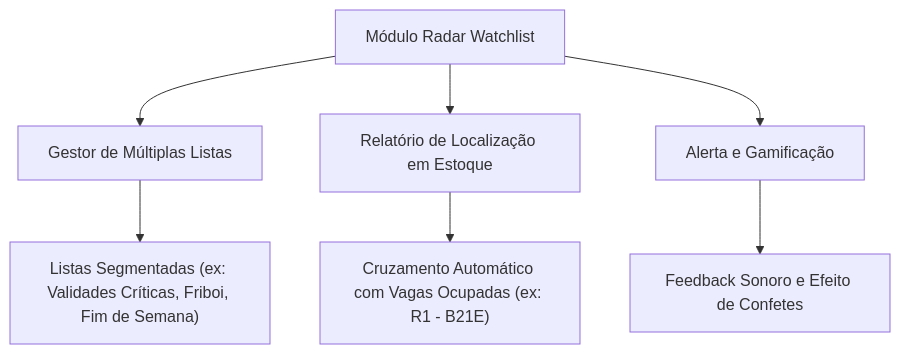
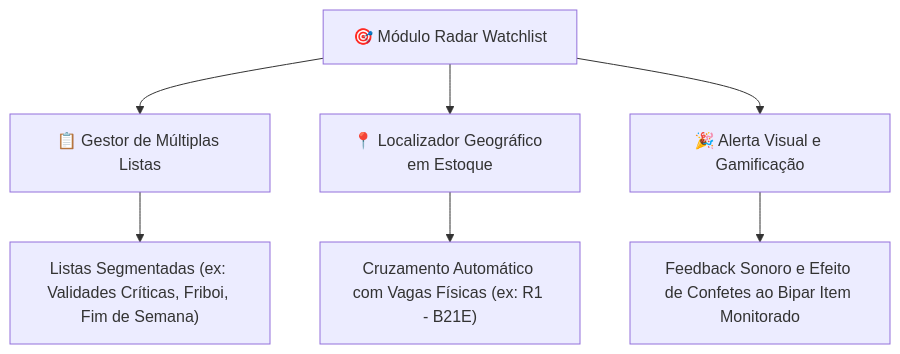
One commit to NaejBarbosa/paletscan-etl changed the diagram in docs/pwa-pesquisa-watchlist.md. Above: the diagram before and after it, drawn with Mermaid. The commit also changed 9 other files, not shown here.

Commit message:
fix(docs): verticalizar diagramas com ramificacoes a direita e corrigir sintaxe Mermaid em todas as paginas

````diff
--- a/docs/pwa-pesquisa-watchlist.md
+++ b/docs/pwa-pesquisa-watchlist.md
@@ -16,10 +18,13 @@
 ```mermaid
 flowchart TD
-    A["Módulo Radar Watchlist"] --> B["Gestor de Múltiplas Listas"]
-    A --> C["Relatório de Localização em Estoque"]
-    A --> D["Alerta e Gamificação"]
-
-    B --> B1["Listas Segmentadas (ex: Validades Críticas, Friboi, Fim de Semana)"]
-    C --> C1["Cruzamento Automático com Vagas Ocupadas (ex: R1 - B21E)"]
-    D --> D1["Feedback Sonoro e Efeito de Confetes"]
+    RADAR["🎯 Módulo Radar Watchlist"]
+    
+    RADAR --> G1["📋 Gestor de Múltiplas Listas"]
+    G1 --> D1["Listas Segmentadas (ex: Validades Críticas, Friboi, Fim de Semana)"]
+    
+    RADAR --> G2["📍 Localizador Geográfico em Estoque"]
+    G2 --> D2["Cruzamento Automático com Vagas Físicas (ex: R1 - B21E)"]
+    
+    RADAR --> G3["🎉 Alerta Visual e Gamificação"]
+    G3 --> D3["Feedback Sonoro e Efeito de Confetes ao Bipar Item Monitorado"]
 ```
````
